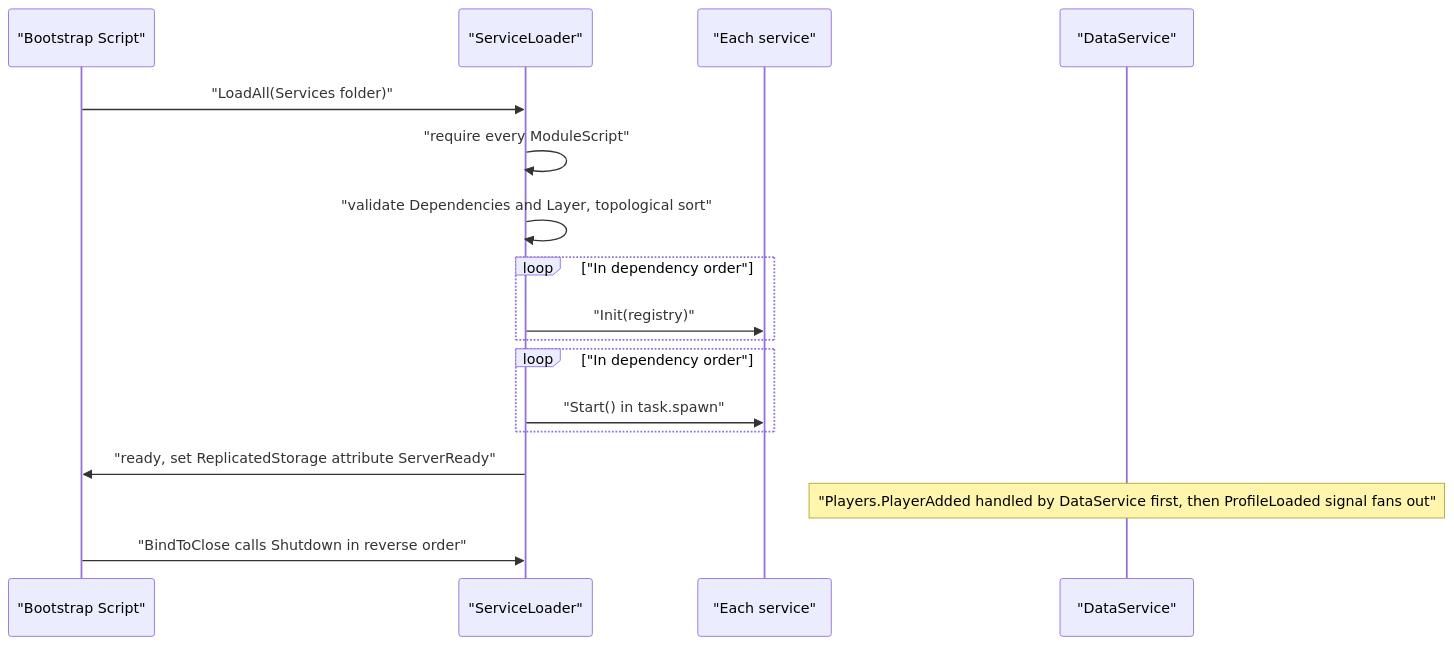
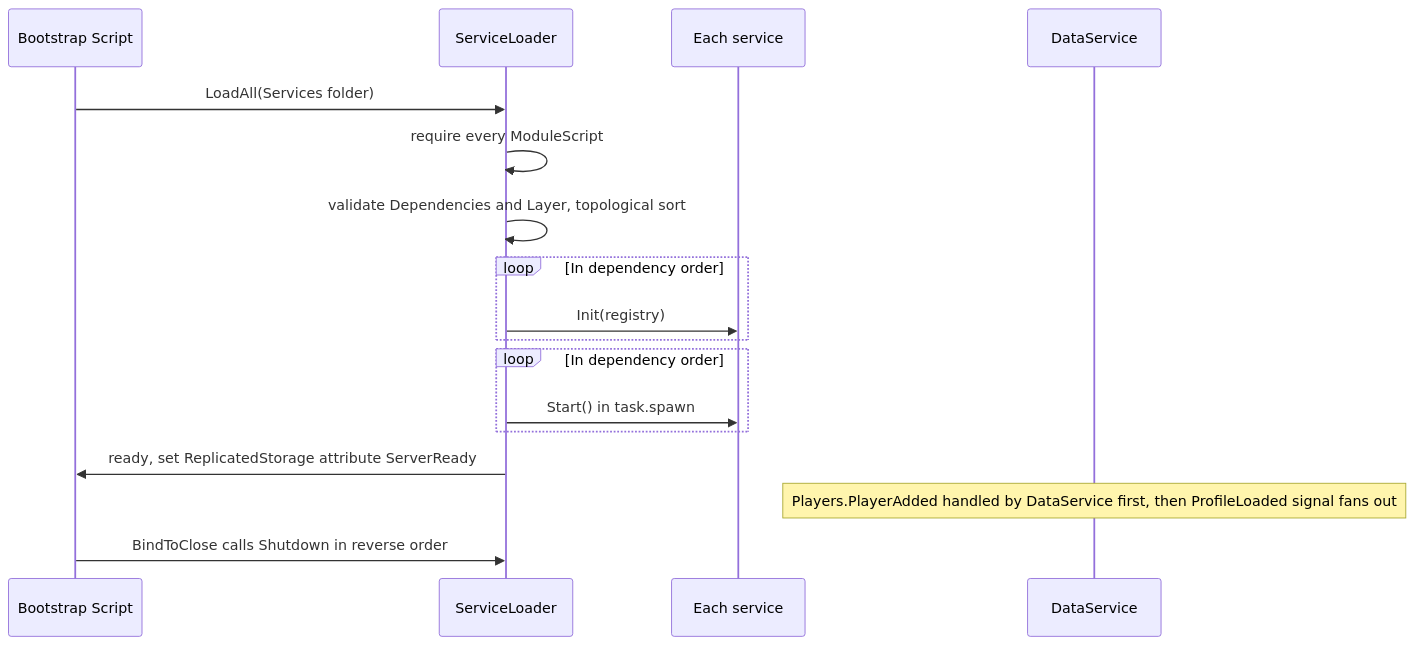
Before and after one commit to shrp1434/ZeroCheat: the diagram in Fight Animals for Eggs - Game Design Bible/15 - TECHNICAL ARCHITECTURE/Service Architecture.md, drawn with Mermaid. The commit also changed 21 other files, not shown here.

First line of the commit message:
Add technical architecture and service specifications; vault progress

````diff
--- a/Fight Animals for Eggs - Game Design Bible/15 - TECHNICAL ARCHITECTURE/Service Architecture.md
+++ b/Fight Animals for Eggs - Game Design Bible/15 - TECHNICAL ARCHITECTURE/Service Architecture.md
@@ -85,19 +85,19 @@
 ```mermaid
 sequenceDiagram
-    participant B as "Bootstrap Script"
-    participant L as "ServiceLoader"
-    participant S as "Each service"
-    participant D as "DataService"
-    B->>L: "LoadAll(Services folder)"
-    L->>L: "require every ModuleScript"
-    L->>L: "validate Dependencies and Layer, topological sort"
-    loop "In dependency order"
-        L->>S: "Init(registry)"
+    participant B as Bootstrap Script
+    participant L as ServiceLoader
+    participant S as Each service
+    participant D as DataService
+    B->>L: LoadAll(Services folder)
+    L->>L: require every ModuleScript
+    L->>L: validate Dependencies and Layer, topological sort
+    loop In dependency order
+        L->>S: Init(registry)
     end
-    loop "In dependency order"
-        L->>S: "Start() in task.spawn"
+    loop In dependency order
+        L->>S: Start() in task.spawn
     end
-    L->>B: "ready, set ReplicatedStorage attribute ServerReady"
-    Note over D: "Players.PlayerAdded handled by DataService first, then ProfileLoaded signal fans out"
-    B->>L: "BindToClose calls Shutdown in reverse order"
+    L->>B: ready, set ReplicatedStorage attribute ServerReady
+    Note over D: Players.PlayerAdded handled by DataService first, then ProfileLoaded signal fans out
+    B->>L: BindToClose calls Shutdown in reverse order
 ```
````
